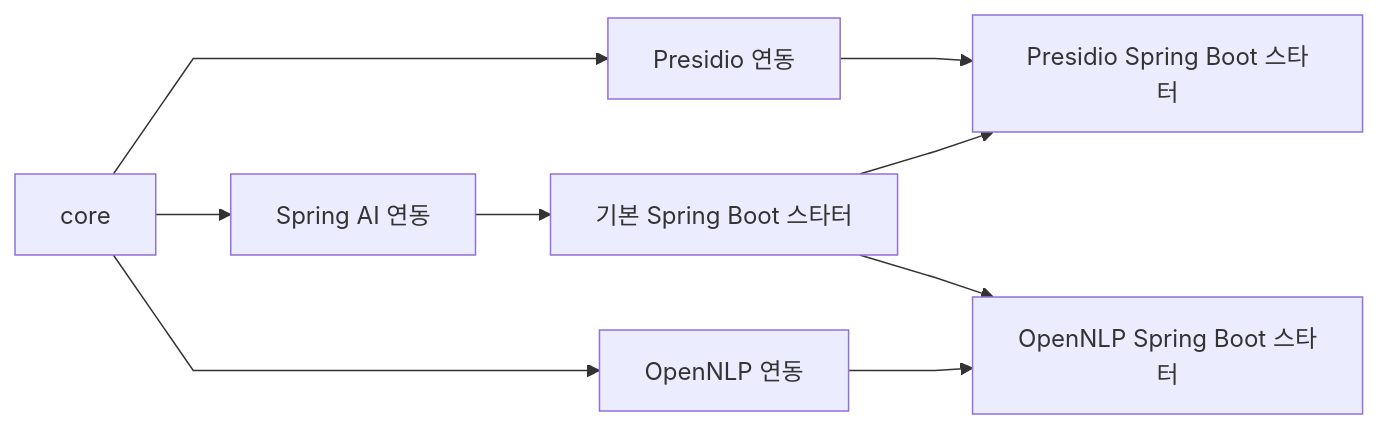
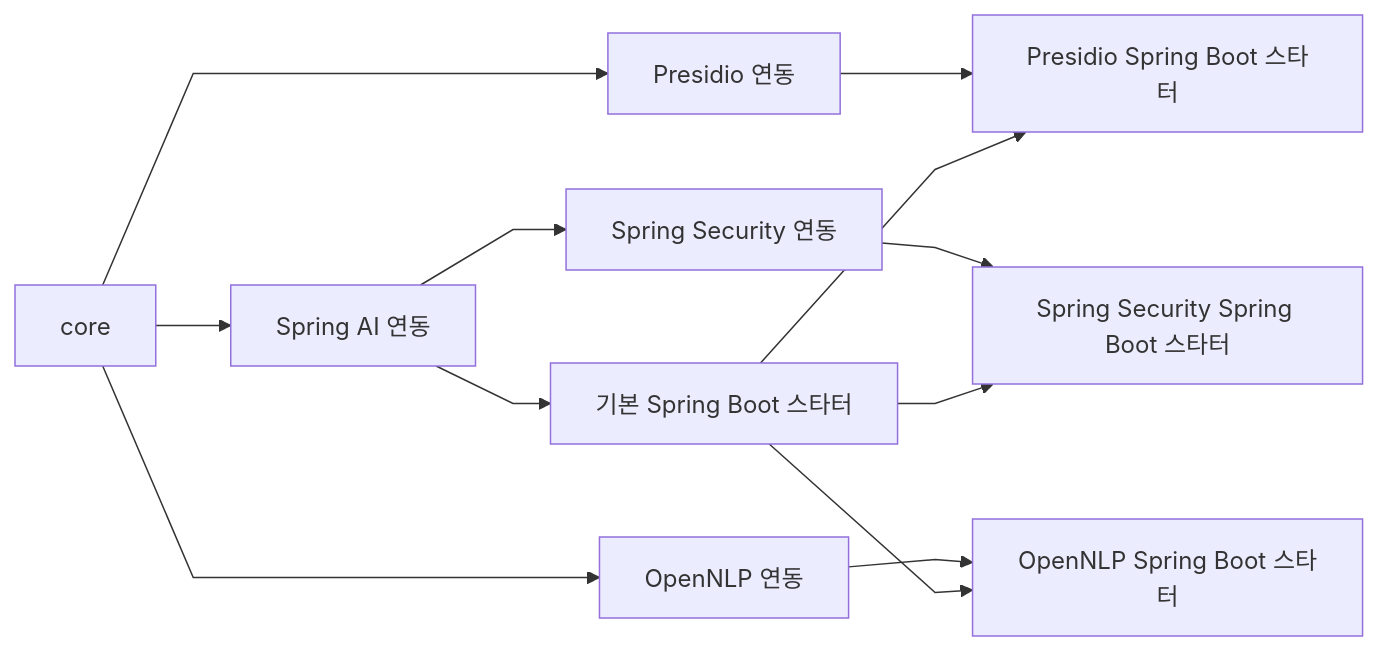
Before and after one commit to ultramancode/spring-ai-privacy-guardrails: the second of 4 diagrams in docs/ko/architecture.md, drawn with Mermaid. The commit also changed other lines of this file and 20 other files, not shown here.

Commit message:
docs: document Spring Security tool authorization

````diff
--- a/docs/ko/architecture.md
+++ b/docs/ko/architecture.md
@@ -41,16 +42,19 @@
 ```mermaid
 %%{init: {"flowchart": {"curve": "linear"}}}%%
 flowchart LR
     CORE["core"]
 
     CORE --> PRES["Presidio 연동"]
     CORE --> SAI["Spring AI 연동"]
     CORE --> OPEN["OpenNLP 연동"]
+    SAI --> SEC["Spring Security 연동"]
 
     PRES --> PRESBOOT["Presidio Spring Boot 스타터"]
     SAI --> BASE["기본 Spring Boot 스타터"]
     OPEN --> OPENBOOT["OpenNLP Spring Boot 스타터"]
+    SEC --> SECBOOT["Spring Security Spring Boot 스타터"]
 
     BASE --> PRESBOOT
     BASE --> OPENBOOT
+    BASE --> SECBOOT
 ```
````
